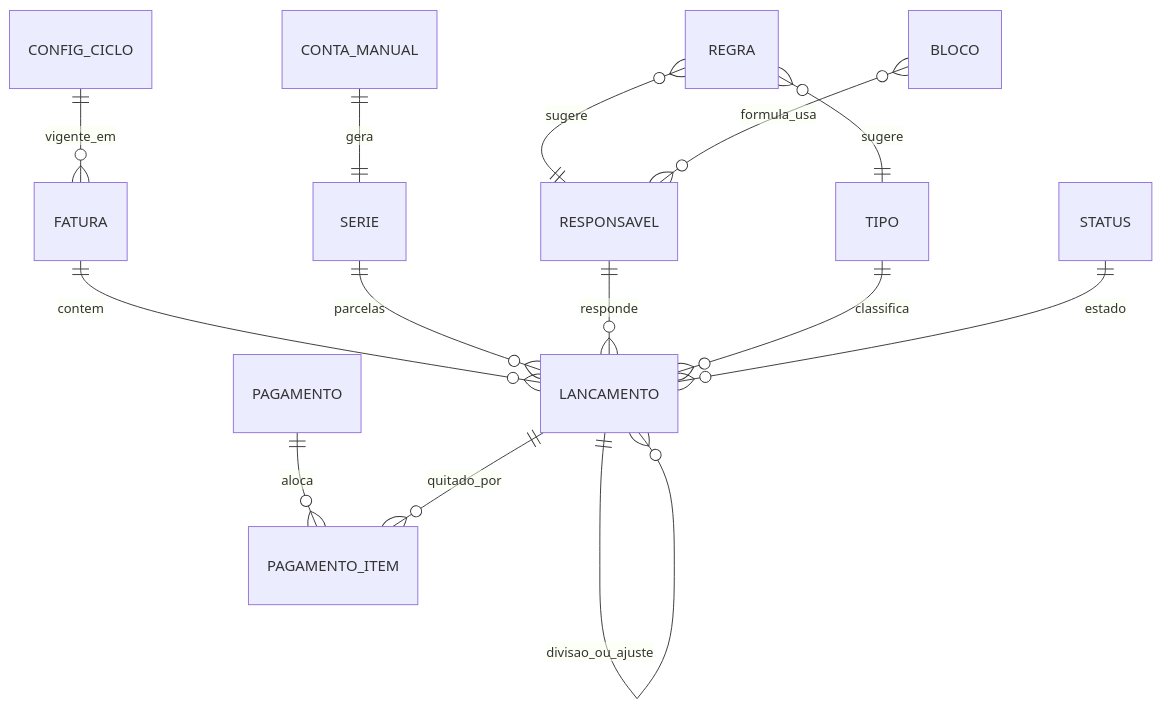
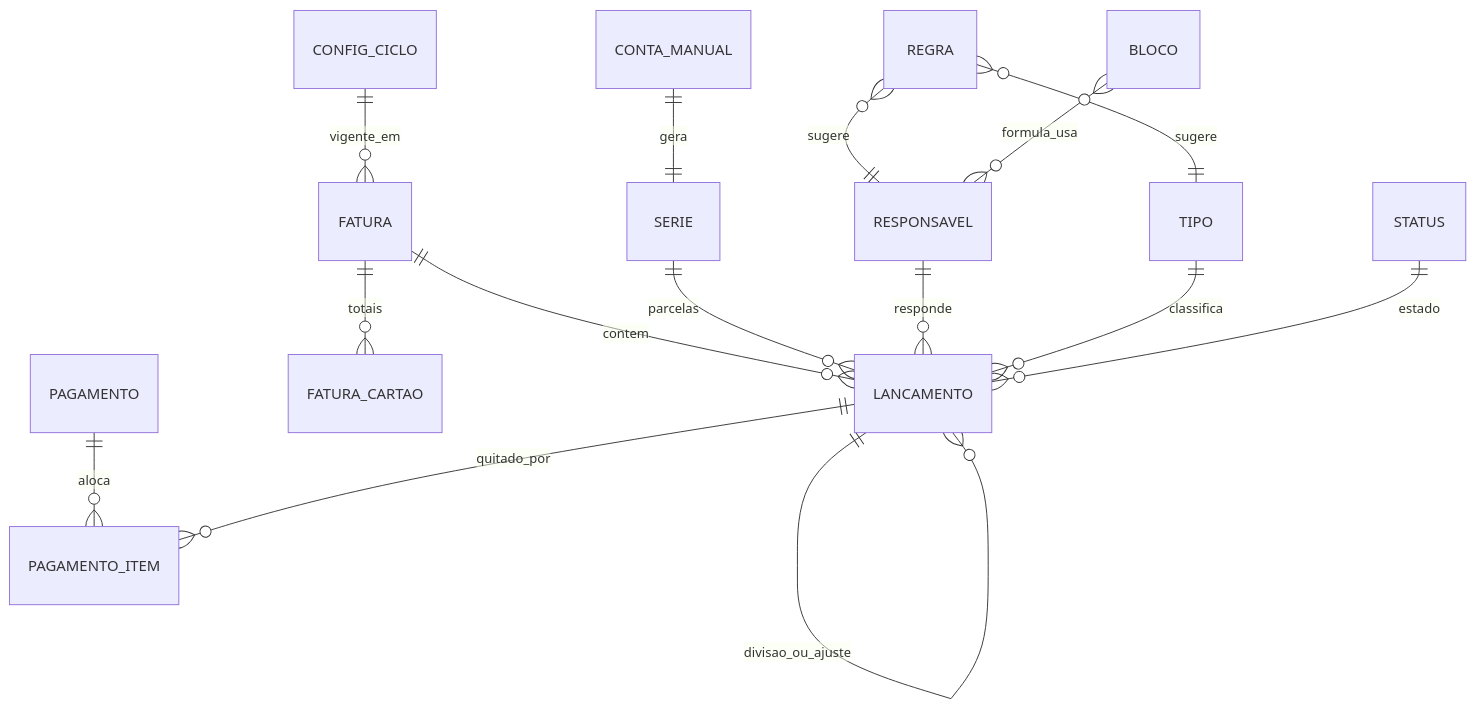
The third of 3 diagrams in _bmad-output/planning-artifacts/architecture/architecture-conta-comigo-2026-11-01/ARCHITECTURE-SPINE.md (rafaelrabelodasilva/conta-comigo), drawn with Mermaid before and after one commit. The commit also changed other lines of this file and 1 other file, not shown here.

````diff
--- a/_bmad-output/planning-artifacts/architecture/architecture-conta-comigo-2026-11-01/ARCHITECTURE-SPINE.md
+++ b/_bmad-output/planning-artifacts/architecture/architecture-conta-comigo-2026-11-01/ARCHITECTURE-SPINE.md
@@ -208,16 +249,17 @@
 ```mermaid
 erDiagram
   FATURA ||--o{ LANCAMENTO : contem
+  FATURA ||--o{ FATURA_CARTAO : totais
   SERIE ||--o{ LANCAMENTO : parcelas
   CONTA_MANUAL ||--|| SERIE : gera
   RESPONSAVEL ||--o{ LANCAMENTO : responde
   TIPO ||--o{ LANCAMENTO : classifica
   STATUS ||--o{ LANCAMENTO : estado
   LANCAMENTO ||--o{ LANCAMENTO : divisao_ou_ajuste
   REGRA }o--|| RESPONSAVEL : sugere
   REGRA }o--|| TIPO : sugere
   BLOCO }o--o{ RESPONSAVEL : formula_usa
   PAGAMENTO ||--o{ PAGAMENTO_ITEM : aloca
   LANCAMENTO ||--o{ PAGAMENTO_ITEM : quitado_por
   CONFIG_CICLO ||--o{ FATURA : vigente_em
 ```
````
